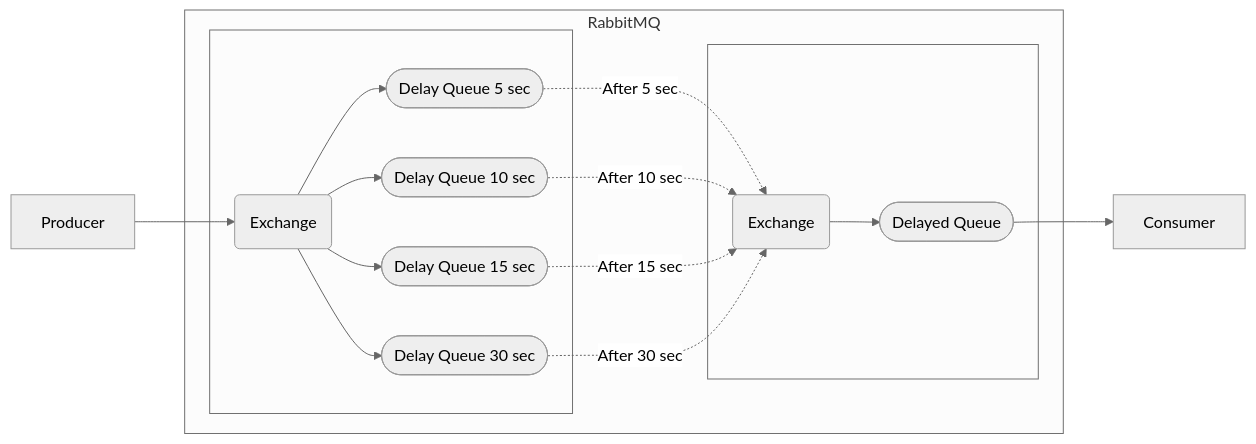
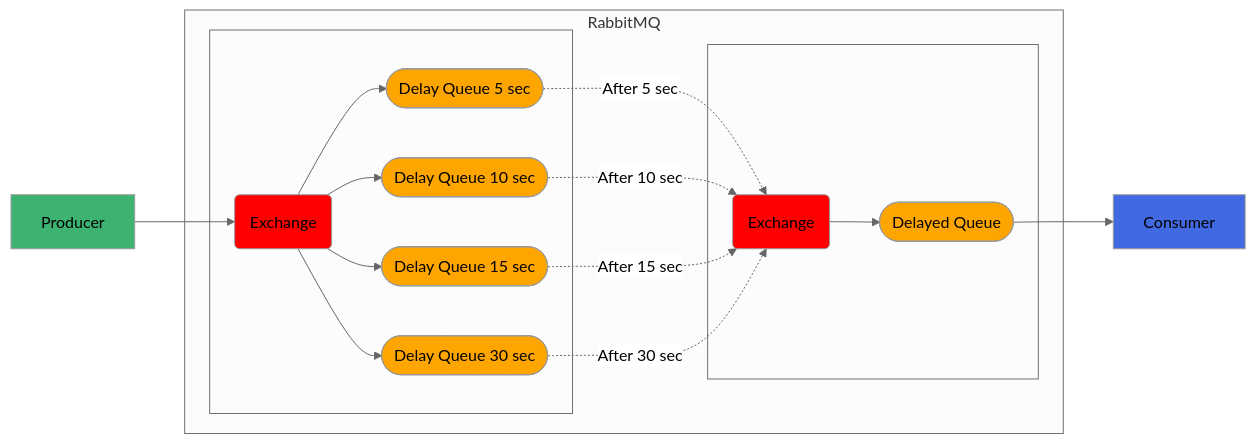
Before and after one commit to hivisonnmoura/MessageDelay: the diagram in README.md, drawn with Mermaid (neutral theme).

Commit message:
Readme (#4)
* Improving readme graph

* Adding color schema on Readme graph

````diff
--- a/README.md
+++ b/README.md
@@ -43,21 +43,35 @@
 ```mermaid
 flowchart LR
     A[Producer] --> B(Exchange)
     subgraph RabbitMQ
     subgraph  
     C([Delay Queue 5 sec])
-    G([Delay Queue 10 sec])
-    H([Delay Queue 15 sec])
-    I([Delay Queue 30 sec])
-    B --> C & G & H & I
+    D([Delay Queue 10 sec])
+    E([Delay Queue 15 sec])
+    F([Delay Queue 30 sec])
+    B --> C & D & E & F
     end
-    C -.After 5 sec.-> D
-    G -.After 10 sec.-> D
-    H -.After 15 sec.-> D
-    I -.After 30 sec.-> D
+    C -.After 5 sec.-> G
+    D -.After 10 sec.-> G
+    E -.After 15 sec.-> G
+    F -.After 30 sec.-> G
     subgraph  
-    D(Exchange) --> E([ Delayed Queue])
+    G(Exchange) --> H([ Delayed Queue])
     end
     end
-    E --> F[Consumer]
+    H --> I[Consumer]
+    
+    %% Producer %%
+    style A fill:#3CB371
+    %% Exchange %%
+    style B fill:#FF0000
+    style G fill:#FF0000
+    %% Queues %%
+    style C fill:#FFA500
+    style D fill:#FFA500
+    style E fill:#FFA500
+    style F fill:#FFA500
+    style H fill:#FFA500
+    %% Consumer %%
+    style I fill:#4169E1
 ```
````
